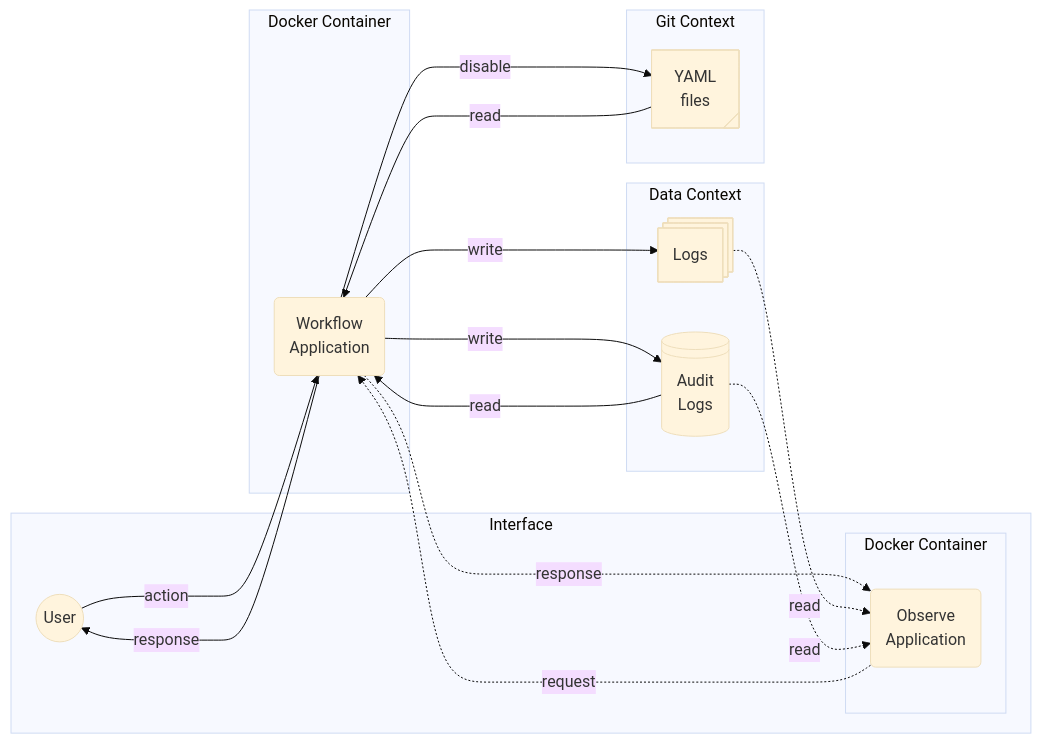
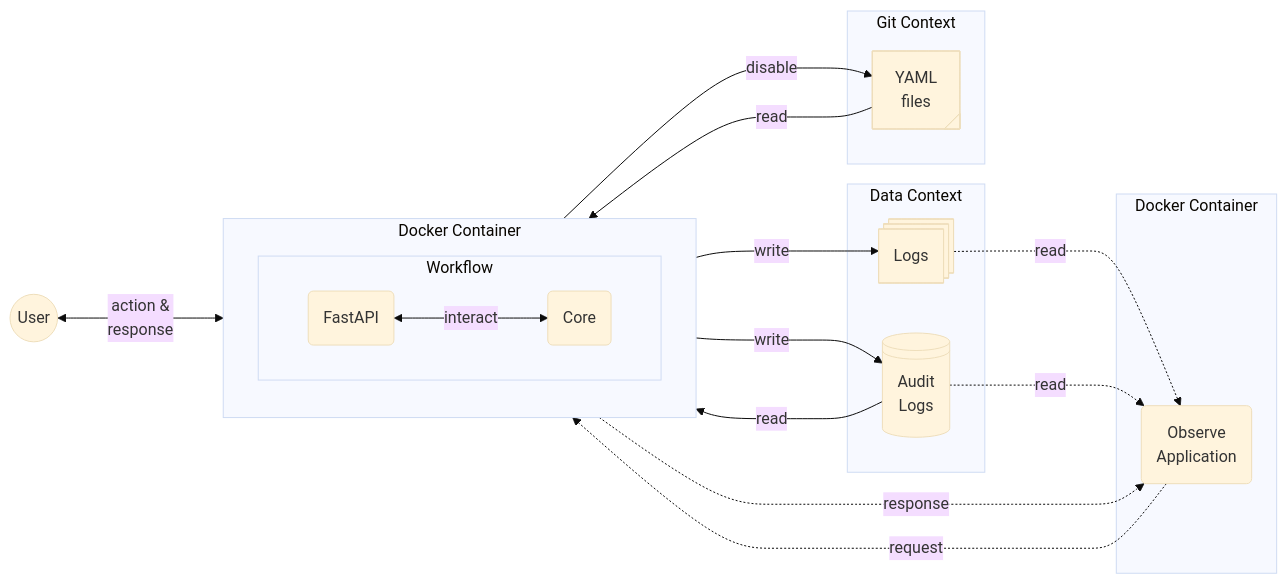
One commit to ddeutils/ddeutil-workflow changed the diagram in README.md. Above: the diagram before and after it, drawn with Mermaid (base theme). The commit also changed 1 other file, not shown here.

Commit message:
:page_facing_up: docs: update readme file.

````diff
--- a/README.md
+++ b/README.md
@@ -43,37 +43,41 @@
 ```mermaid
 flowchart LR
-    subgraph Interface
     A((User))
-        subgraph Docker Container
+    subgraph Docker Container
         G@{ shape: rounded, label: "Observe<br>Application" }
+    end
+
+    subgraph Docker Container
+        direction TB
+
+        subgraph wf [Workflow]
+            direction LR
+            B(FastAPI)
+            BE(Core)
+            B <--> |interact| BE
         end
     end
 
-    A --->|action| B(Workflow<br>Application)
-    B ---> |response| A
-    B -..-> |response| G
-    G -..-> |request| B
-
-    subgraph Docker Container
-    B
-    end
+    A <--->|action &<br>response| B
+    B -....-> |response| G
+    G -....-> |request| B
 
     subgraph Data Context
     D@{ shape: processes, label: "Logs" }
     E@{ shape: lin-cyl, label: "Audit<br>Logs" }
     end
 
     subgraph Git Context
     F@{ shape: tag-rect, label: "YAML<br>files" }
     end
 
-    B --->|disable| F
-    F --->|read| B
+    BE --->|disable| F
+    F --->|read| BE
 
-    B --->|write| E
-    E --->|read| B
-    B --->|write| D
+    BE --->|write| E
+    E --->|read| BE
+    BE --->|write| D
 
     D -.->|read| G
     E -.->|read| G
 ```
````
